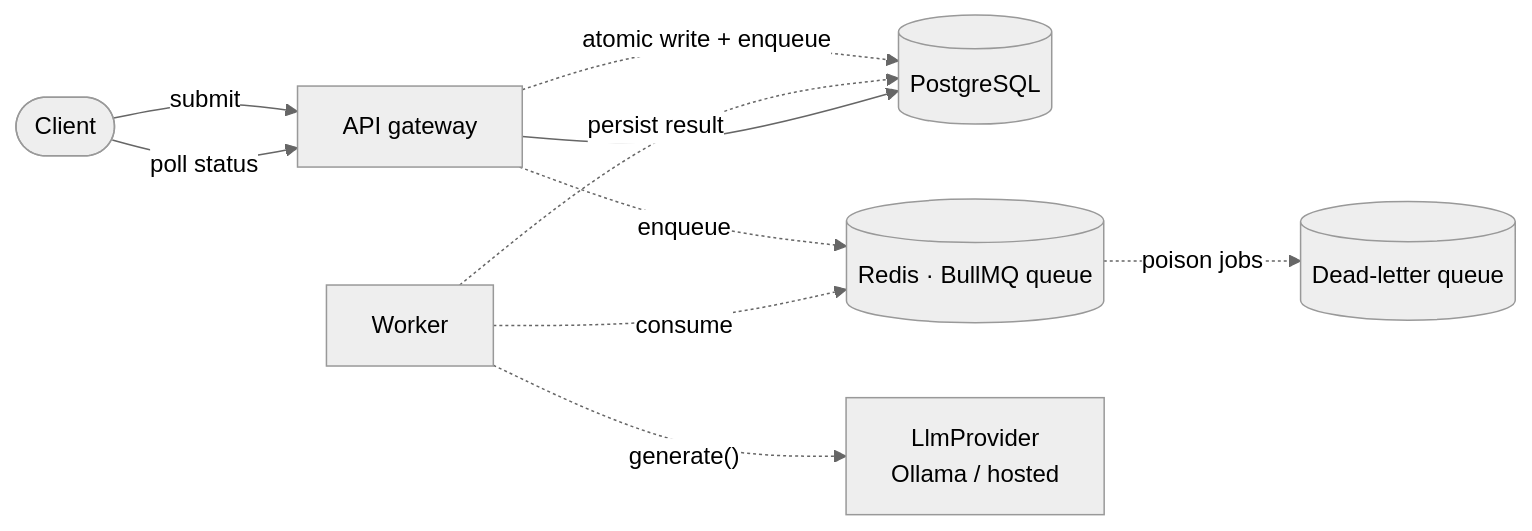
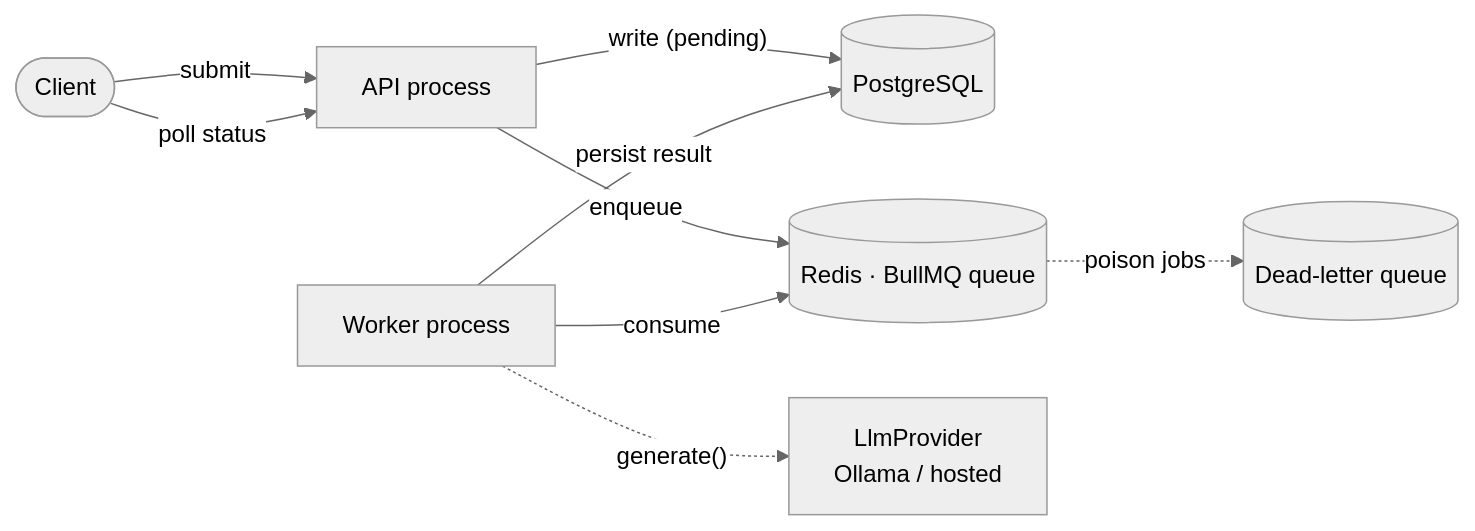
Before and after one commit to AnaMuraya/conveyor: the fifth of 5 diagrams in docs/architecture.md, drawn with Mermaid (neutral theme). The commit also changed other lines of this file and 33 other files, not shown here.

````diff
--- a/docs/architecture.md
+++ b/docs/architecture.md
@@ -109,15 +153,13 @@
 ```mermaid
 flowchart LR
   Client([Client])
-  Client -->|submit| GW["API gateway"]
-  Client -->|poll status| GW
+  Client -->|submit| API["API process"]
+  Client -->|poll status| API
 
-  GW -. "atomic write + enqueue" .-> DB[("PostgreSQL")]
-  GW -. enqueue .-> Q[("Redis · BullMQ queue")]
-  W["Worker"] -. consume .-> Q
+  API -->|"write (pending)"| DB[("PostgreSQL")]
+  API -->|enqueue| Q[("Redis · BullMQ queue")]
+  W["Worker process"] -->|consume| Q
   W -. "generate()" .-> LLM["LlmProvider<br/>Ollama / hosted"]
-  W -. "persist result" .-> DB
+  W -->|"persist result"| DB
   Q -. "poison jobs" .-> DLQ[("Dead-letter queue")]
-
-  GW --> DB
 ```
````
